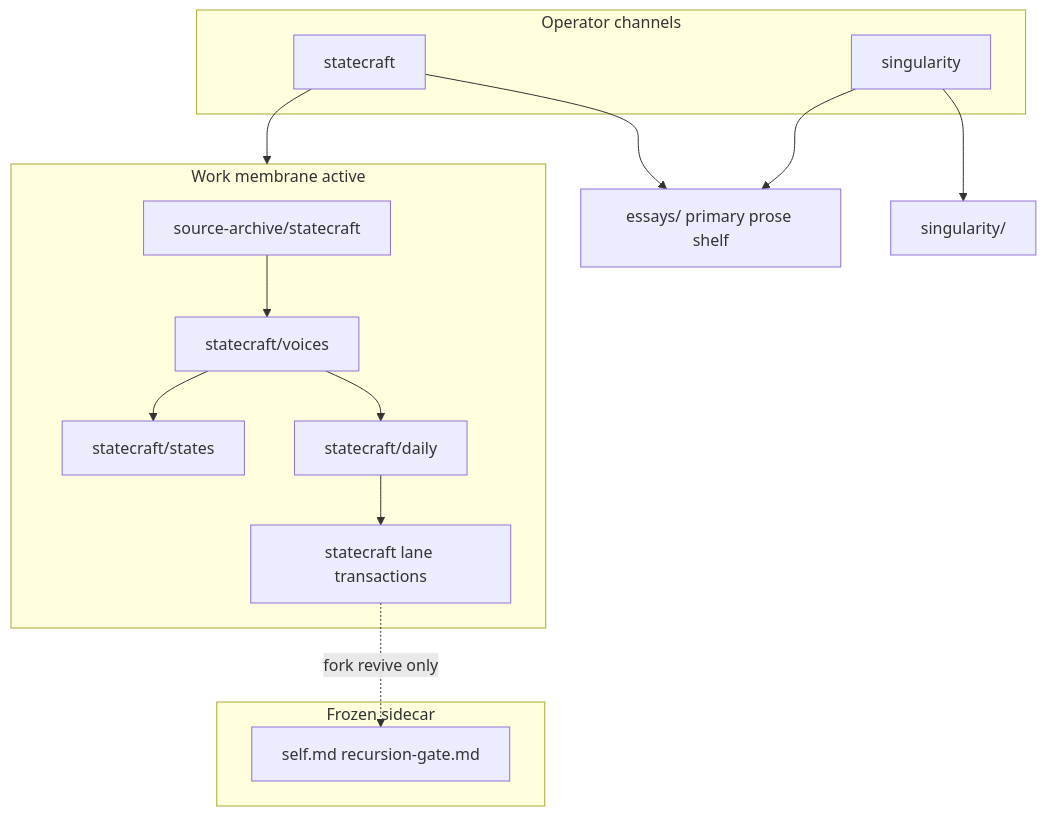
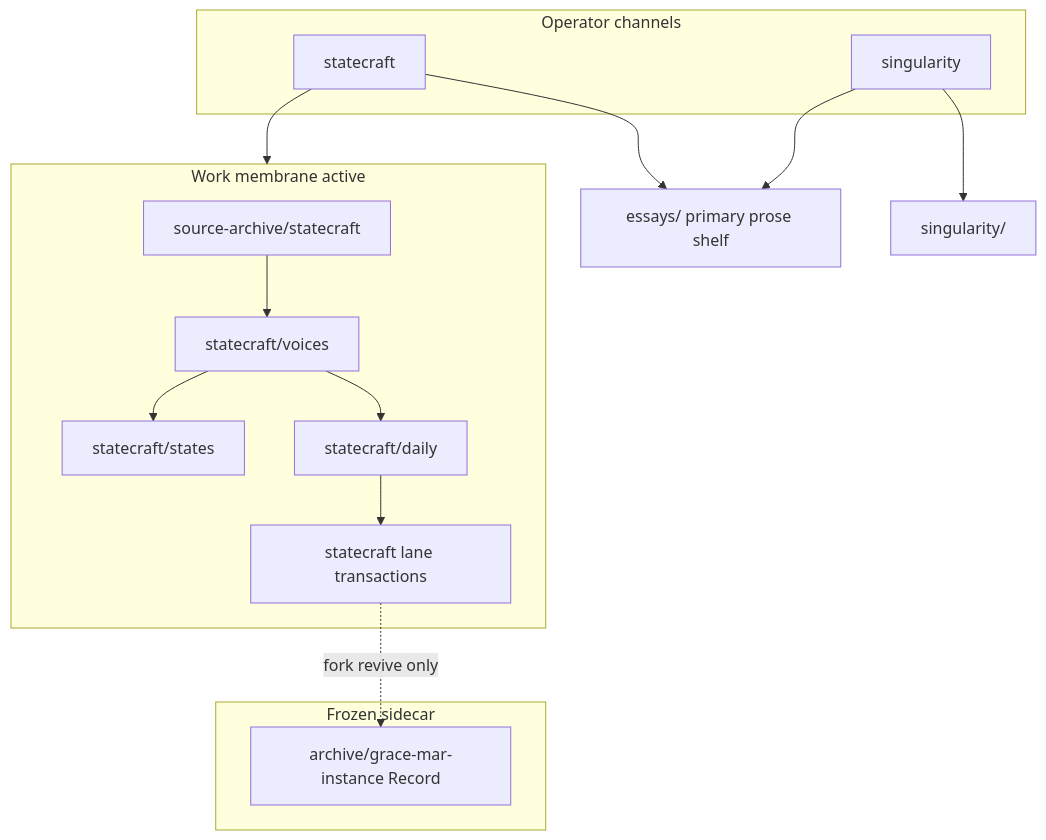
One commit to rbtkhn/strategy-codex changed the diagram in docs/product-identity.md. Above: the diagram before and after it, drawn with Mermaid. The commit also changed 15 other files, not shown here.

````diff
--- a/docs/product-identity.md
+++ b/docs/product-identity.md
@@ -15,29 +15,29 @@
 ```mermaid
 flowchart TB
   subgraph membrane [Work membrane active]
     Archive[source-archive/statecraft]
     Voices[statecraft/voices]
     States[statecraft/states]
     Daily[statecraft/daily]
     Tx[statecraft lane transactions]
   end
 
   subgraph channels [Operator channels]
     SC[statecraft]
     SG[singularity]
   end
 
   Essays[essays/ primary prose shelf]
 
   subgraph frozen [Frozen sidecar]
-    Record[self.md recursion-gate.md]
+    Record[archive/grace-mar-instance Record]
   end
 
   Archive --> Voices --> States
   Voices --> Daily --> Tx
   SC --> membrane
   SG --> singularity/
   SC --> Essays
   SG --> Essays
   Tx -.fork revive only.-> Record
 ```
````
